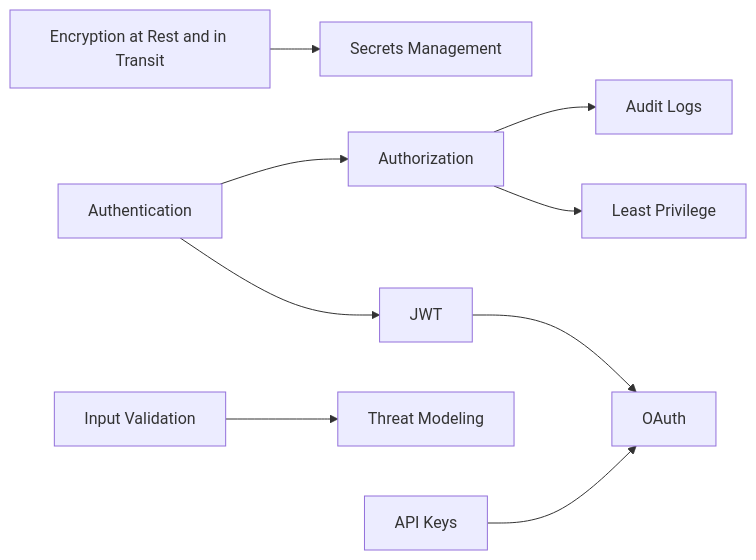
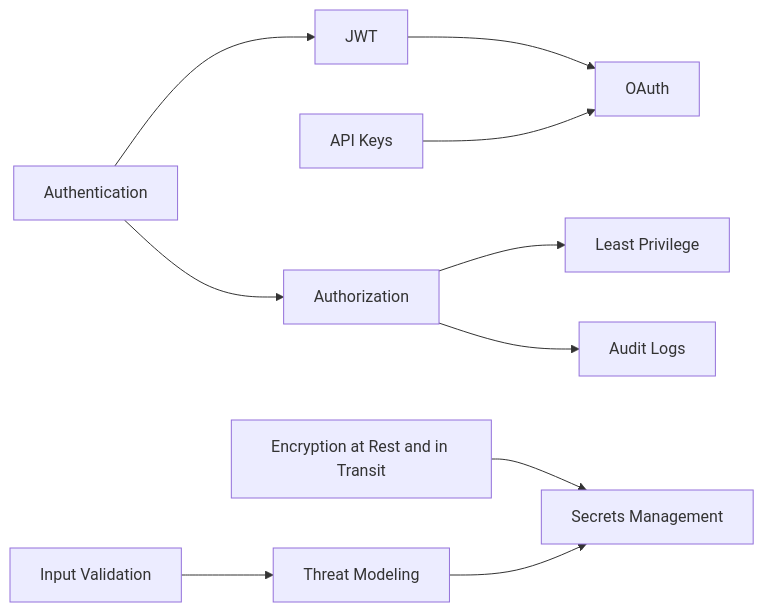
Before and after one commit to kunal-ladh/learn-system-design: the diagram in HLD/01 HLD & System Design/Security/Security MOC.md, drawn with Mermaid. The commit also changed other lines of this file and 195 other files, not shown here.

````diff
--- a/HLD/01 HLD & System Design/Security/Security MOC.md
+++ b/HLD/01 HLD & System Design/Security/Security MOC.md
@@ -23,11 +25,13 @@
 ```mermaid
 flowchart LR
     A[Authentication] --> B[JWT]
     B --> C[OAuth]
+    K[API Keys] --> C
     A --> D[Authorization]
     D --> E[Least Privilege]
+    D --> J[Audit Logs]
     F[Encryption at Rest and in Transit] --> G[Secrets Management]
     H[Input Validation] --> I[Threat Modeling]
-    D --> J[Audit Logs]
-    K[API Keys] --> C
+    I --> G
+    class A,B,C,D,E,F,G,H,I,J,K internal-link;
 ```
````
